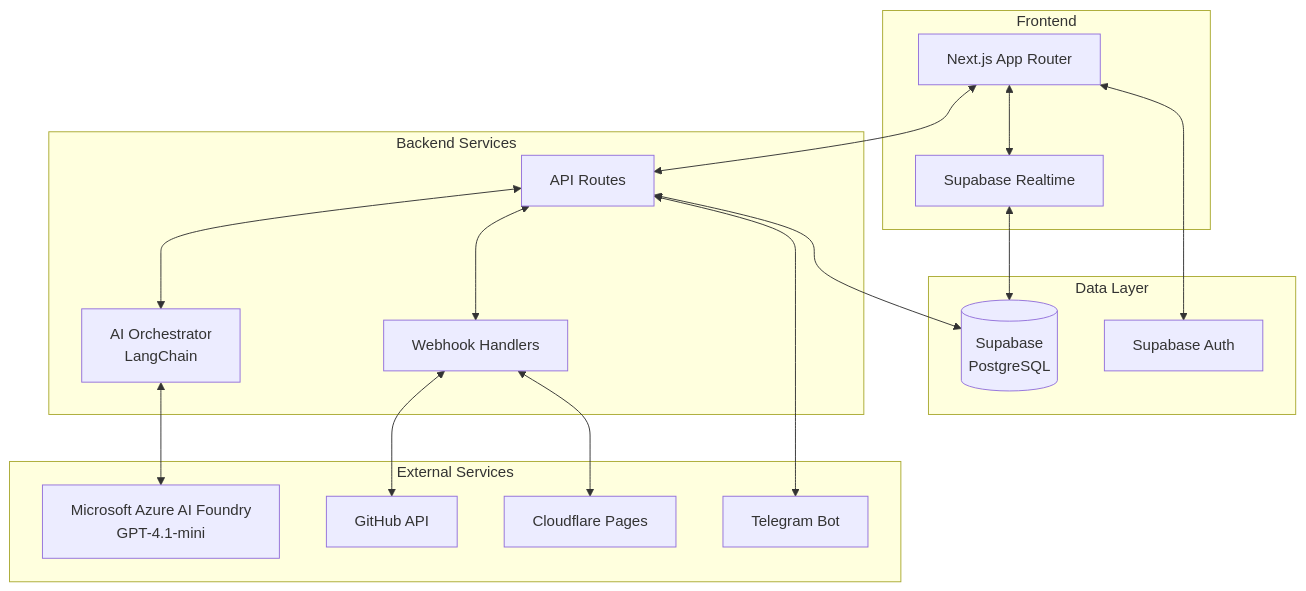
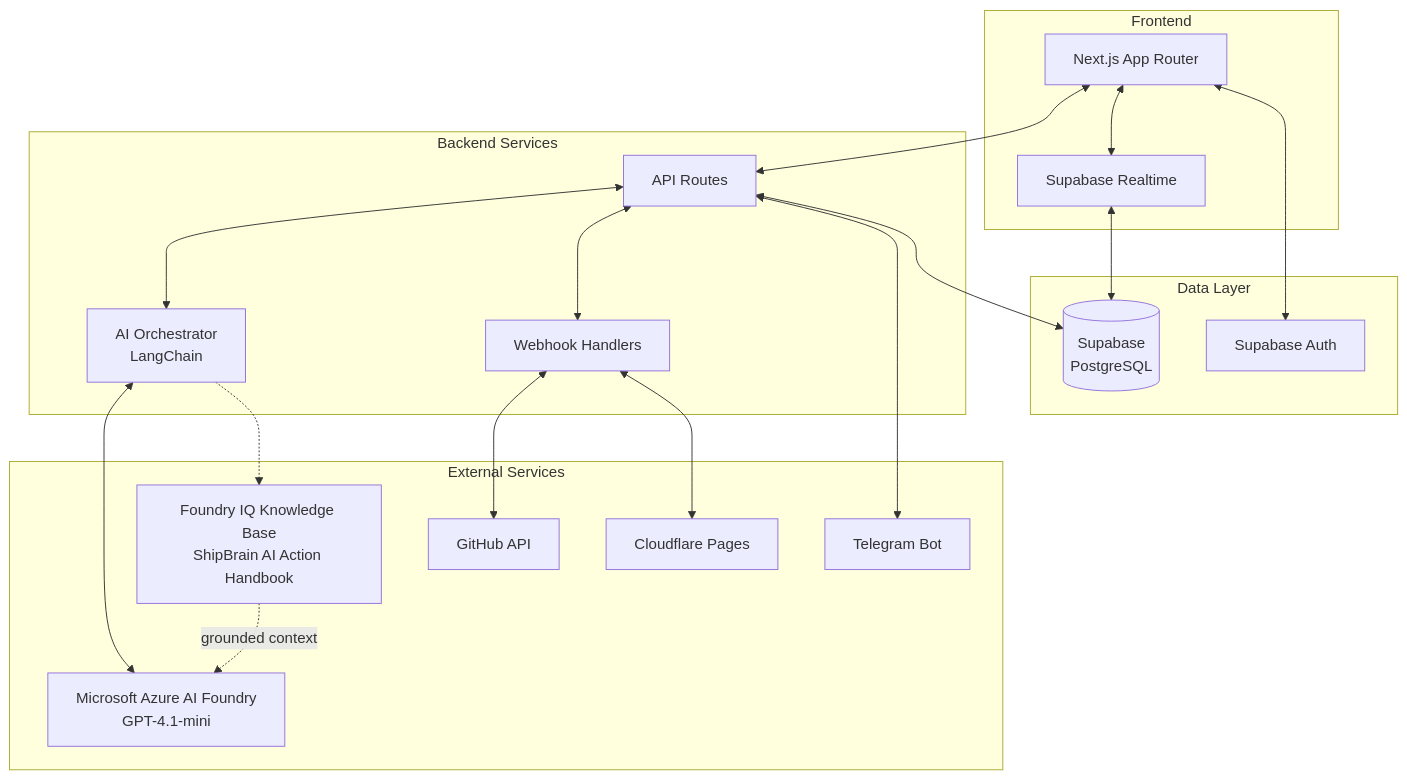
One commit to JeevantheDev/ShipBrain changed the third of 19 diagrams in SHIPBRAIN_PRD_FINAL.md. Above: the diagram before and after it, drawn with Mermaid. The commit also changed other lines of this file, not shown here.

````diff
--- a/SHIPBRAIN_PRD_FINAL.md
+++ b/SHIPBRAIN_PRD_FINAL.md
@@ -121,37 +121,40 @@
 ```mermaid
 flowchart TB
     subgraph "Frontend"
         UI[Next.js App Router]
         RT[Supabase Realtime]
     end
 
     subgraph "Backend Services"
         API[API Routes]
         AI[AI Orchestrator<br/>LangChain]
         WH[Webhook Handlers]
     end
 
     subgraph "External Services"
         GH[GitHub API]
         CF[Cloudflare Pages]
         TG[Telegram Bot]
         LLM[Microsoft Azure AI Foundry<br/>GPT-4.1-mini]
+        IQ[Foundry IQ Knowledge Base<br/>ShipBrain AI Action Handbook]
     end
 
     subgraph "Data Layer"
         SB[(Supabase<br/>PostgreSQL)]
         AUTH[Supabase Auth]
     end
 
     UI <--> API
     UI <--> RT
     API <--> AI
     API <--> WH
     AI <--> LLM
+    AI -.-> IQ
+    IQ -. grounded context .-> LLM
     WH <--> GH
     WH <--> CF
     API <--> TG
     API <--> SB
     UI <--> AUTH
     RT <--> SB
 ```
````
